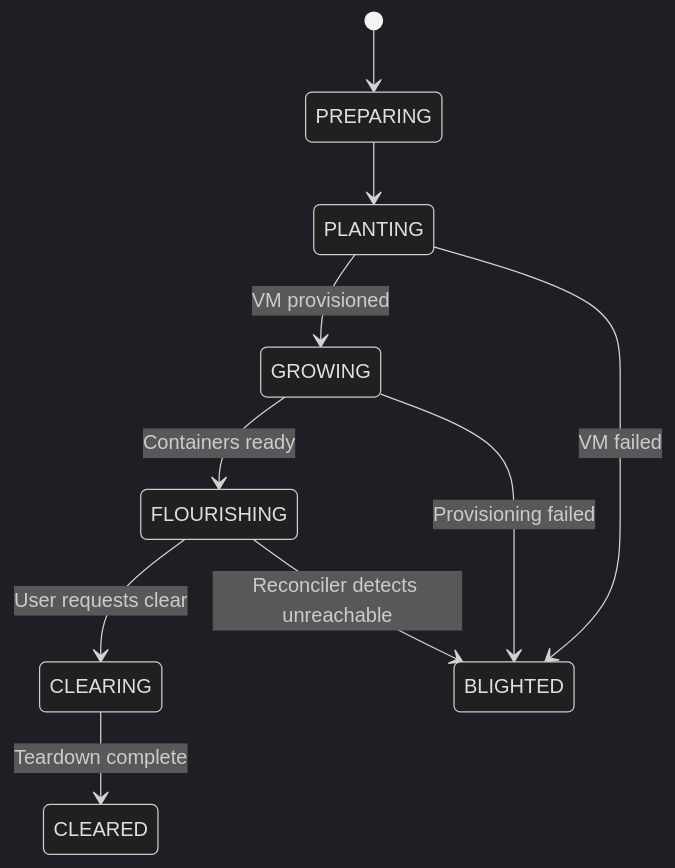
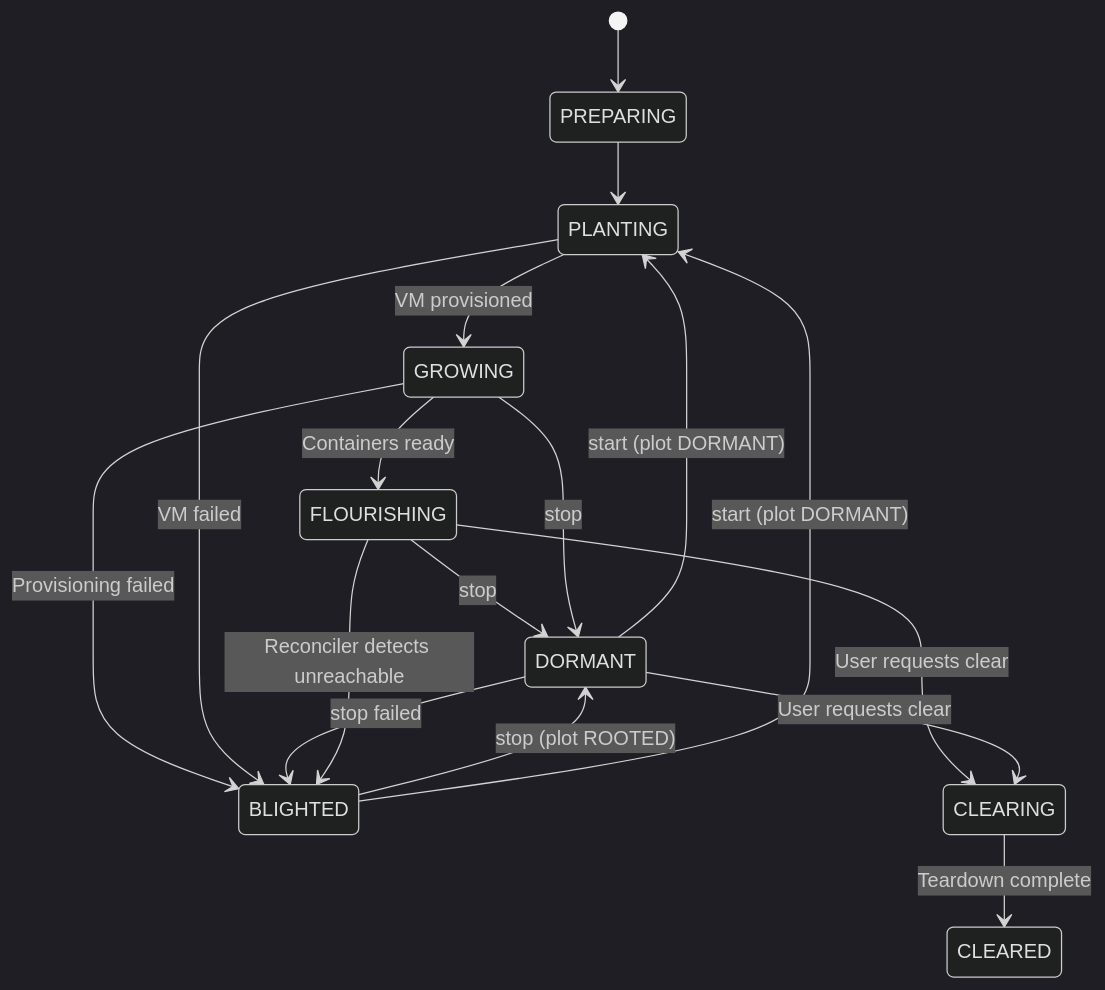
Before and after one commit to orchard-cde/orchard: the sixth of 9 diagrams in docs/architecture/platform-architecture.md, drawn with Mermaid (dark theme). The commit also changed other lines of this file and 91 other files, not shown here.

First line of the commit message:
fix!: grove stop powers the plot off instead of destroying it (#289)

````diff
--- a/docs/architecture/platform-architecture.md
+++ b/docs/architecture/platform-architecture.md
@@ -338,15 +340,23 @@
 ```mermaid
 stateDiagram-v2
     [*] --> PREPARING
     PREPARING --> PLANTING
     PLANTING --> GROWING : VM provisioned
     GROWING --> FLOURISHING : Containers ready
     GROWING --> BLIGHTED : Provisioning failed
 
     PLANTING --> BLIGHTED : VM failed
 
     FLOURISHING --> CLEARING : User requests clear
     CLEARING --> CLEARED : Teardown complete
 
+    FLOURISHING --> DORMANT : stop
+    GROWING --> DORMANT : stop
+    BLIGHTED --> DORMANT : stop (plot ROOTED)
+    DORMANT --> BLIGHTED : stop failed
+    DORMANT --> PLANTING : start (plot DORMANT)
+    BLIGHTED --> PLANTING : start (plot DORMANT)
+    DORMANT --> CLEARING : User requests clear
+
     FLOURISHING --> BLIGHTED : Reconciler detects unreachable
 ```
````
